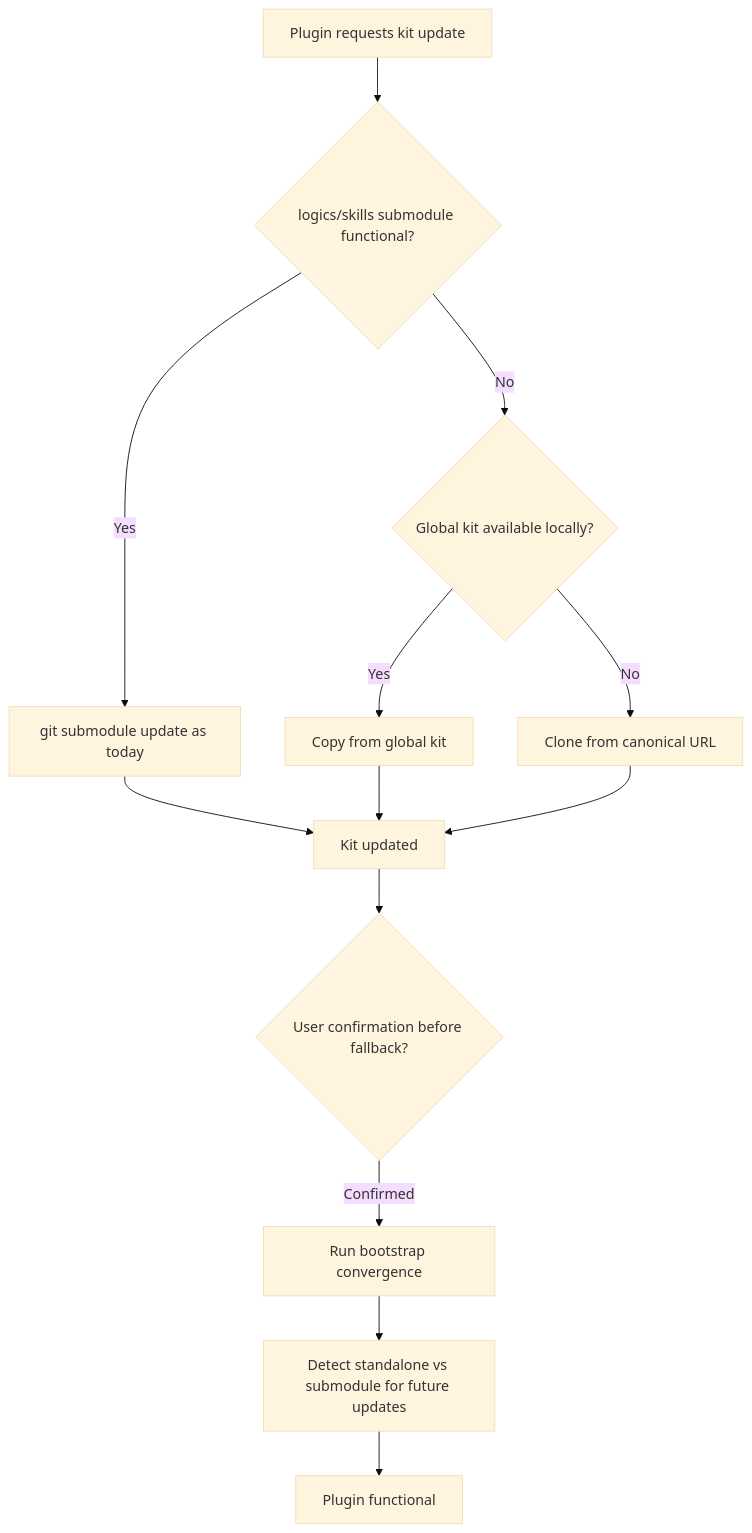
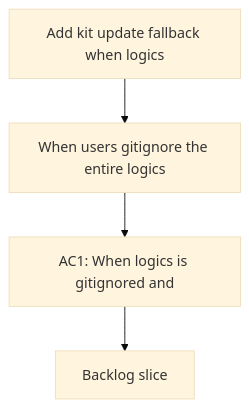
The diagram in logics/request/req_133_add_kit_update_fallback_when_logics_is_gitignored.md (AlexAgo83/logics-manager), drawn with Mermaid (base theme) before and after one commit. The commit also changed 481 other files, not shown here.

````diff
--- a/logics/request/req_133_add_kit_update_fallback_when_logics_is_gitignored.md
+++ b/logics/request/req_133_add_kit_update_fallback_when_logics_is_gitignored.md
@@ -22,17 +22,8 @@
 ```mermaid
 %% logics-kind: request
 %% logics-signature: request|add-kit-update-fallback-when-logics-is-g|when-users-gitignore-the-entire-logics|ac1-when-logics-is-gitignored-and
 flowchart TD
-    A[Plugin requests kit update] --> B{logics/skills submodule functional?}
-    B -- Yes --> C[git submodule update as today]
-    B -- No --> D{Global kit available locally?}
-    D -- Yes --> E[Copy from global kit]
-    D -- No --> F[Clone from canonical URL]
-    C --> G[Kit updated]
-    E --> G
-    F --> G
-    G --> H{User confirmation before fallback?}
-    H -- Confirmed --> I[Run bootstrap convergence]
-    I --> J[Detect standalone vs submodule for future updates]
-    J --> K[Plugin functional]
+    Trigger[Add kit update fallback when logics] --> Need[When users gitignore the entire logics]
+    Need --> Outcome[AC1: When logics is gitignored and]
+    Outcome --> Backlog[Backlog slice]
 ```
````
